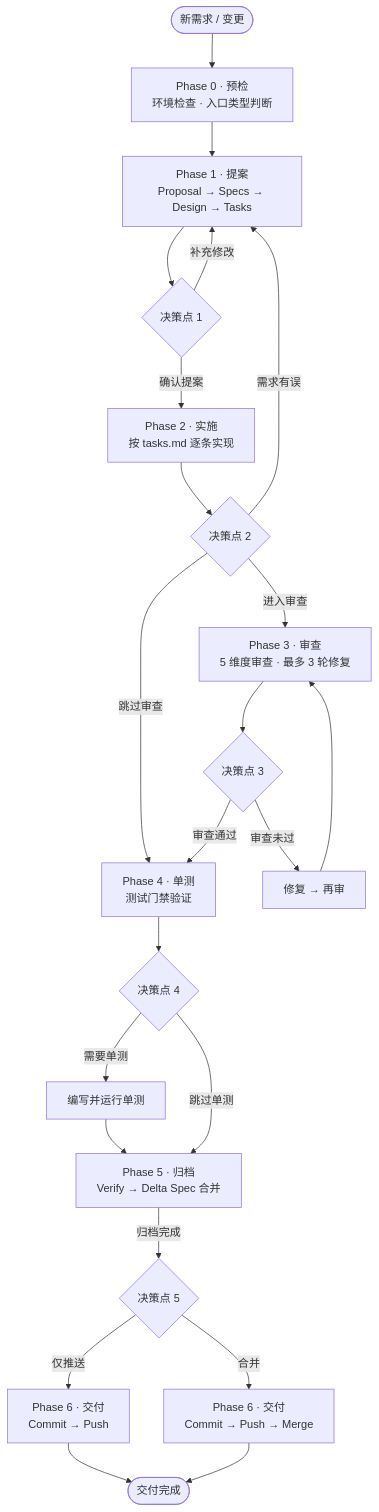
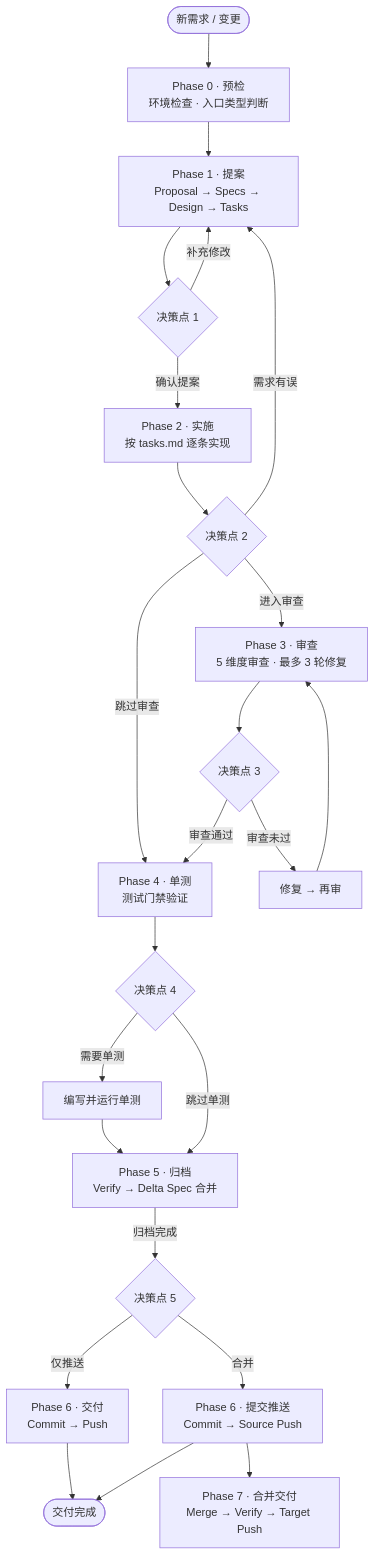
Before and after one commit to ZhaoYis/My-Skills: the third of 5 diagrams in dev-pipeline/docs/share-doc/tech-sharing-guide.md, drawn with Mermaid. The commit also changed other lines of this file and 46 other files, not shown here.

First line of the commit message:
feat: Refactor dev-pipeline phases to include Phase 7 for merge and delivery

````diff
--- a/dev-pipeline/docs/share-doc/tech-sharing-guide.md
+++ b/dev-pipeline/docs/share-doc/tech-sharing-guide.md
@@ -167,32 +167,33 @@
 ```mermaid
 flowchart TD
     START(["新需求 / 变更"]) --> P0["Phase 0 · 预检<br/>环境检查 · 入口类型判断"]
 
     P0 --> P1["Phase 1 · 提案<br/>Proposal → Specs → Design → Tasks"]
 
     P1 --> DP1{"决策点 1"}
     DP1 -->|"确认提案"| P2["Phase 2 · 实施<br/>按 tasks.md 逐条实现"]
     DP1 -->|"补充修改"| P1
 
     P2 --> DP2{"决策点 2"}
     DP2 -->|"进入审查"| P3["Phase 3 · 审查<br/>5 维度审查 · 最多 3 轮修复"]
     DP2 -->|"跳过审查"| P4["Phase 4 · 单测<br/>测试门禁验证"]
     DP2 -->|"需求有误"| P1
 
     P3 --> DP3{"决策点 3"}
     DP3 -->|"审查通过"| P4
     DP3 -->|"审查未过"| FIX["修复 → 再审"]
     FIX --> P3
 
     P4 --> DP4{"决策点 4"}
     DP4 -->|"需要单测"| UT["编写并运行单测"]
     UT --> P5["Phase 5 · 归档<br/>Verify → Delta Spec 合并"]
     DP4 -->|"跳过单测"| P5
 
     P5 -->|"归档完成"| DP5{"决策点 5"}
     DP5 -->|"仅推送"| P6["Phase 6 · 交付<br/>Commit → Push"]
-    DP5 -->|"合并"| P6MERGE["Phase 6 · 交付<br/>Commit → Push → Merge"]
+    DP5 -->|"合并"| P6MERGE["Phase 6 · 提交推送<br/>Commit → Source Push"]
+    P6MERGE --> P7["Phase 7 · 合并交付<br/>Merge → Verify → Target Push"]
 
     P6 --> DONE(["交付完成"])
     P6MERGE --> DONE
 ```
````
